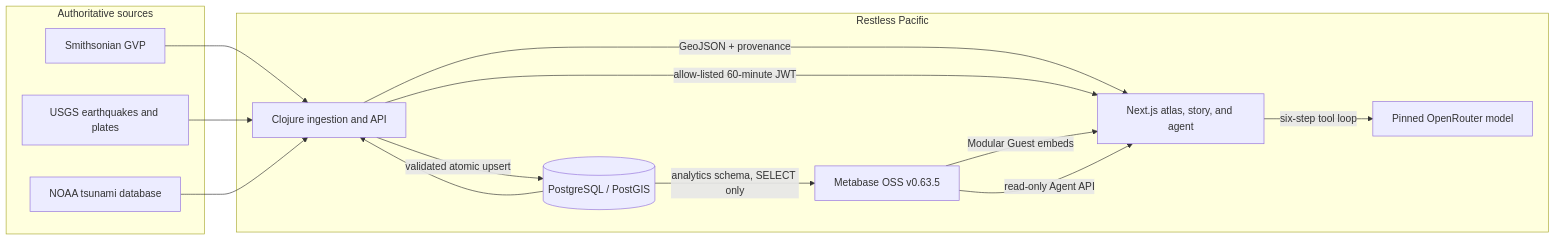
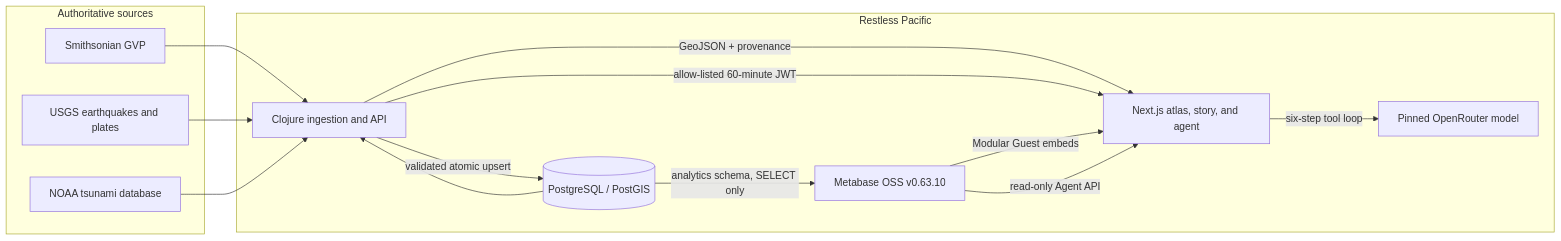
The diagram in README.md (xerexcoded/ring-of-fire), drawn with Mermaid before and after one commit. The commit also changed other lines of this file and 16 other files, not shown here.

````diff
--- a/README.md
+++ b/README.md
@@ -100,26 +100,26 @@
 ```mermaid
 flowchart LR
   subgraph Sources["Authoritative sources"]
     GVP["Smithsonian GVP"]
     USGS["USGS earthquakes and plates"]
     NOAA["NOAA tsunami database"]
   end
   subgraph Platform["Restless Pacific"]
     CLJ["Clojure ingestion and API"]
     PG[("PostgreSQL / PostGIS")]
-    MB["Metabase OSS v0.63.5"]
+    MB["Metabase OSS v0.63.10"]
     NX["Next.js atlas, story, and agent"]
     OR["Pinned OpenRouter model"]
   end
   GVP --> CLJ
   USGS --> CLJ
   NOAA --> CLJ
   CLJ -->|"validated atomic upsert"| PG
   PG -->|"analytics schema, SELECT only"| MB
   PG --> CLJ
   CLJ -->|"GeoJSON + provenance"| NX
   CLJ -->|"allow-listed 60-minute JWT"| NX
   MB -->|"Modular Guest embeds"| NX
   MB -->|"read-only Agent API"| NX
   NX -->|"six-step tool loop"| OR
 ```
````
